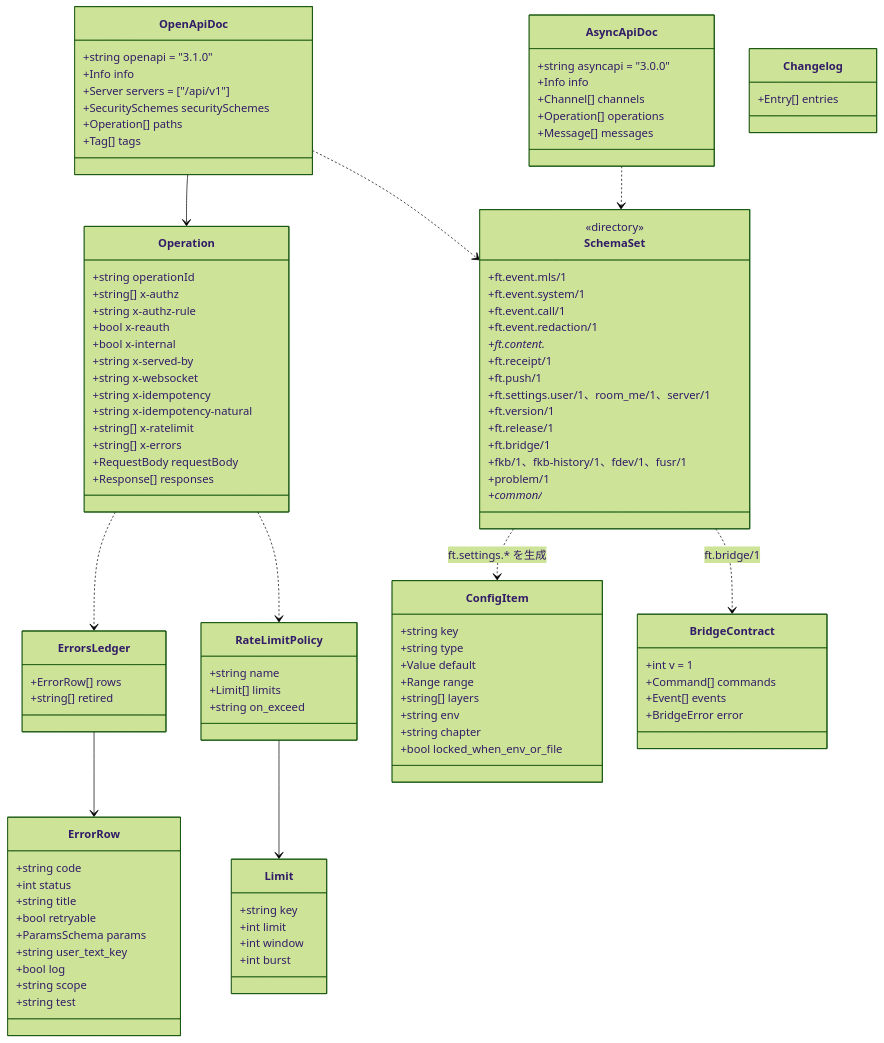
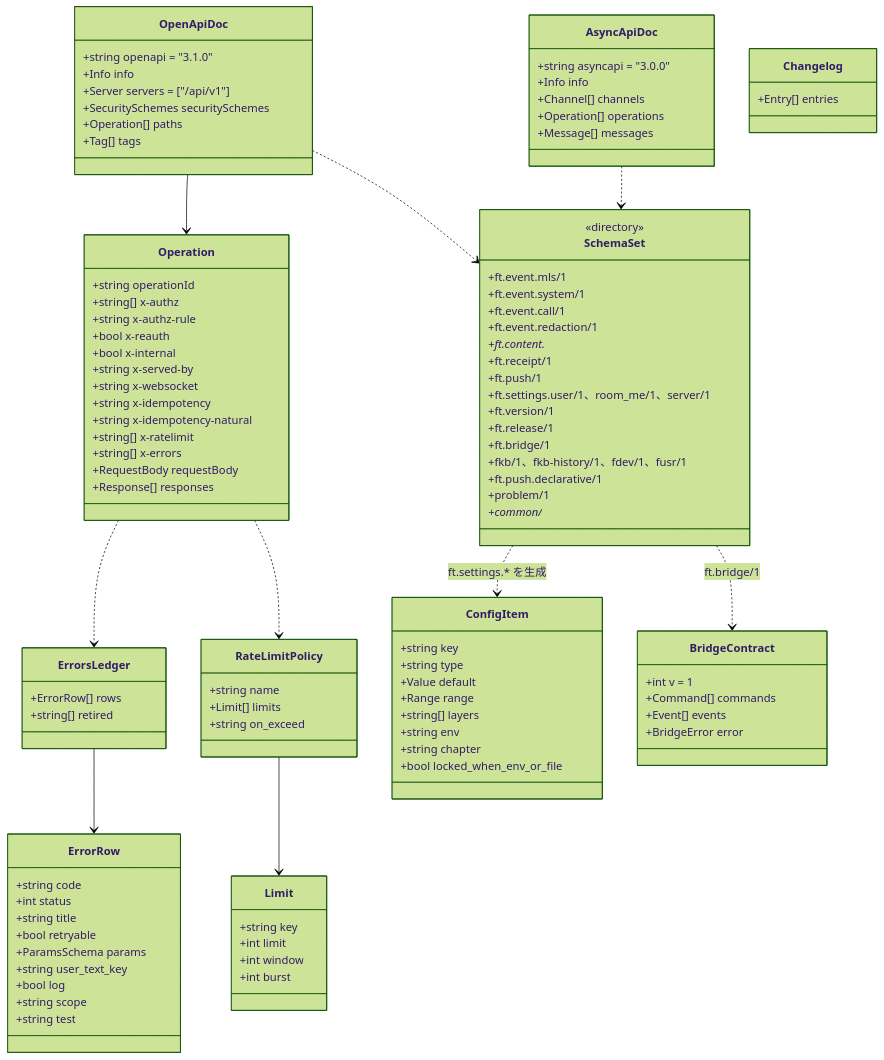
One commit to nrsd-ishikawasou/family-talk-pwa changed the diagram in dev/docs/jp/ブロック/api.md. Above: the diagram before and after it, drawn with Mermaid (forest theme). The commit also changed other lines of this file and 165 other files, not shown here.

```diff
--- a/dev/docs/jp/ブロック/api.md
+++ b/dev/docs/jp/ブロック/api.md
@@ -84,6 +84,7 @@
     +ft.release/1
     +ft.bridge/1
     +fkb/1、fkb-history/1、fdev/1、fusr/1
+    +ft.push.declarative/1
     +problem/1
     +common/*
   }
```
